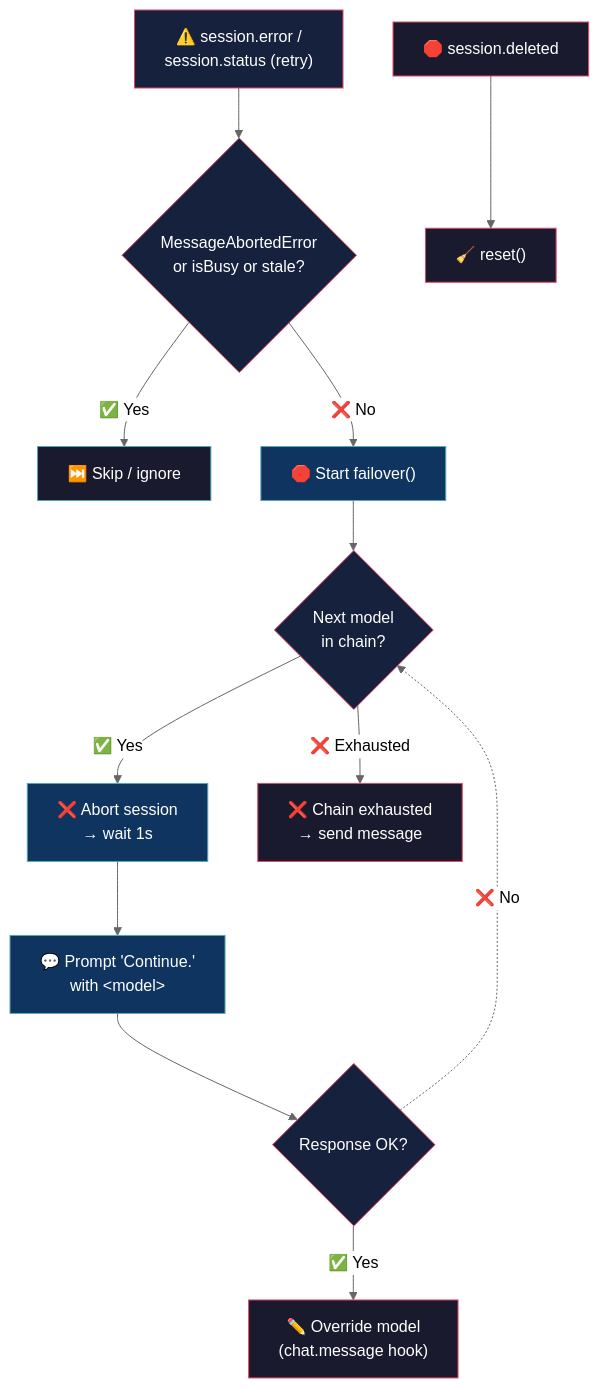
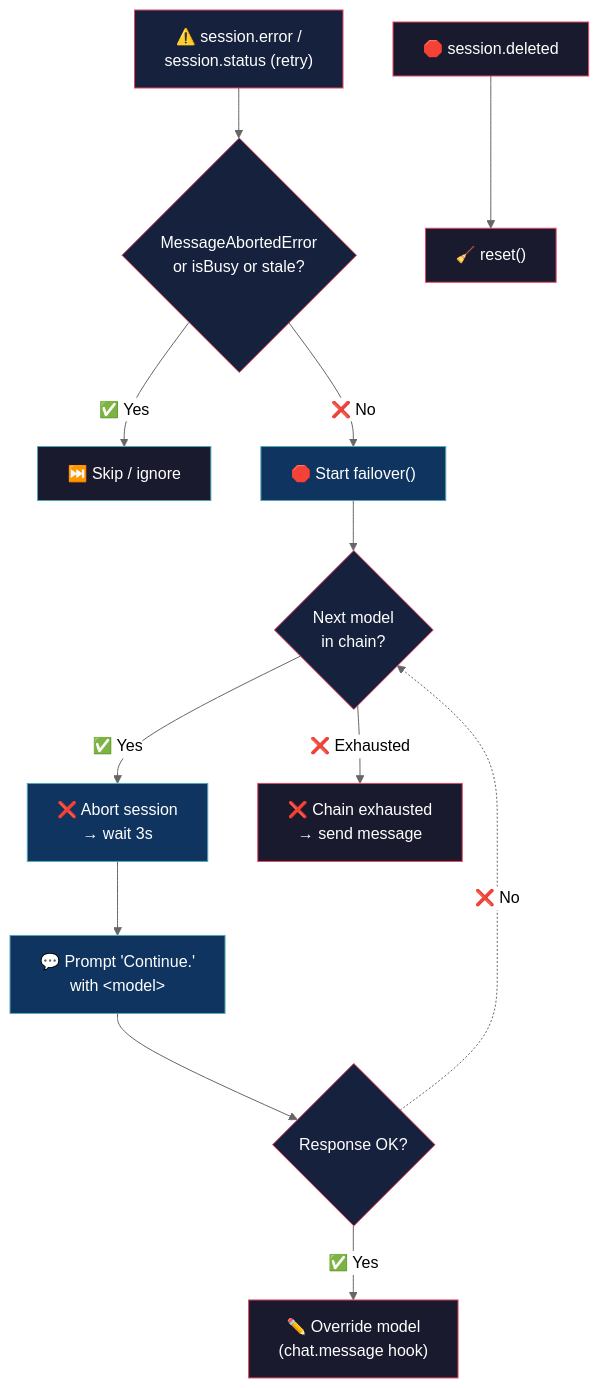
The diagram in README.md (alejo54dev/opencode-model-failover), drawn with Mermaid (neutral theme) before and after one commit. The commit also changed other lines of this file, not shown here.

Commit message:
README: fix wait 1s→3s in mermaid, realistic log example

````diff
--- a/README.md
+++ b/README.md
@@ -27,31 +27,31 @@
 ```mermaid
 flowchart TD
     A["⚠️ session.error /<br/>session.status (retry)"]
     A --> B{"MessageAbortedError<br/>or isBusy or stale?"}
     B -->|"✅ Yes"| C["⏭️ Skip / ignore"]
     B -->|"❌ No"| D["🛑 Start failover()"]
 
     D --> E{"Next model<br/>in chain?"}
-    E -->|"✅ Yes"| F["❌ Abort session<br/>→ wait 1s"]
+    E -->|"✅ Yes"| F["❌ Abort session<br/>→ wait 3s"]
     F --> G["💬 Prompt 'Continue.'<br/>with &lt;model&gt;"]
     G --> H{"Response OK?"}
     H -->|"✅ Yes"| I["✏️ Override model<br/>(chat.message hook)"]
     H -.->|"❌ No"| E
     E -->|"❌ Exhausted"| J["❌ Chain exhausted<br/>→ send message"]
 
     K["🛑 session.deleted"]
     K --> L["🧹 reset()"]
 
     style A fill:#16213e,stroke:#e94560,color:#fff
     style B fill:#16213e,stroke:#e94560,color:#fff
     style C fill:#1a1a2e,stroke:#53a8b6,color:#fff
     style D fill:#0f3460,stroke:#53a8b6,color:#fff
     style E fill:#16213e,stroke:#e94560,color:#fff
     style F fill:#0f3460,stroke:#53a8b6,color:#fff
     style G fill:#0f3460,stroke:#53a8b6,color:#fff
     style H fill:#16213e,stroke:#e94560,color:#fff
     style I fill:#1a1a2e,stroke:#e94560,color:#fff
     style J fill:#1a1a2e,stroke:#e94560,color:#fff
     style K fill:#1a1a2e,stroke:#e94560,color:#fff
     style L fill:#1a1a2e,stroke:#e94560,color:#fff
 ```
````
